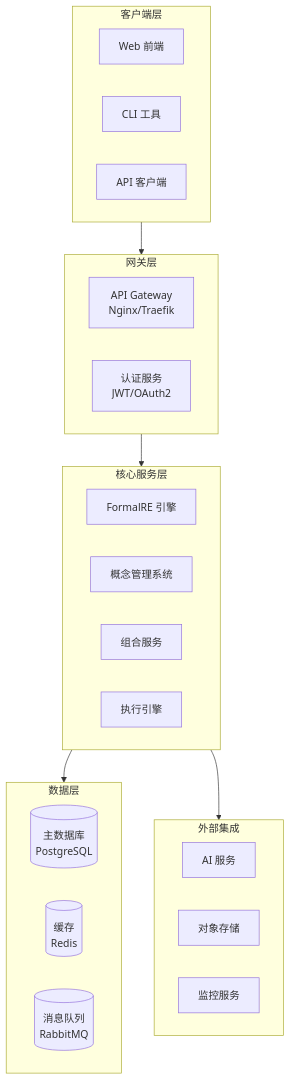
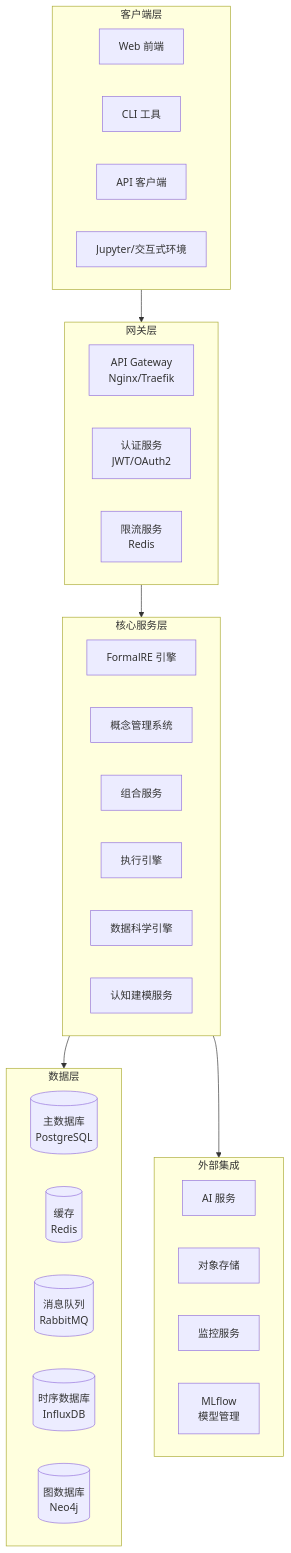
Before and after one commit to AdaMartin18010/FormalScience: the first of 9 diagrams in docs/Refactor/ARCHITECTURE.md, drawn with Mermaid. The commit also changed other lines of this file and 140 other files, not shown here.

````diff
--- a/docs/Refactor/ARCHITECTURE.md
+++ b/docs/Refactor/ARCHITECTURE.md
@@ -11,37 +11,44 @@
 ```mermaid
 flowchart TB
     subgraph Client["客户端层"]
         Web["Web 前端"]
         CLI["CLI 工具"]
         API["API 客户端"]
+        Notebook["Jupyter/交互式环境"]
     end
 
     subgraph Gateway["网关层"]
         APIGateway["API Gateway<br/>Nginx/Traefik"]
         Auth["认证服务<br/>JWT/OAuth2"]
+        RateLimit["限流服务<br/>Redis"]
     end
 
     subgraph Core["核心服务层"]
         FormalRE["FormalRE 引擎"]
         Concept["概念管理系统"]
         Composed["组合服务"]
         Engine["执行引擎"]
+        DataSci["数据科学引擎"]
+        Cognition["认知建模服务"]
     end
 
     subgraph Data["数据层"]
         DB[("主数据库<br/>PostgreSQL")]
         Cache[("缓存<br/>Redis")]
         Queue[("消息队列<br/>RabbitMQ")]
+        TSDB[("时序数据库<br/>InfluxDB")]
+        GraphDB[("图数据库<br/>Neo4j")]
     end
 
     subgraph External["外部集成"]
         AI["AI 服务"]
         Storage["对象存储"]
         Monitor["监控服务"]
+        MLflow["MLflow<br/>模型管理"]
     end
 
     Client --> Gateway
     Gateway --> Core
     Core --> Data
     Core --> External
 ```
````
